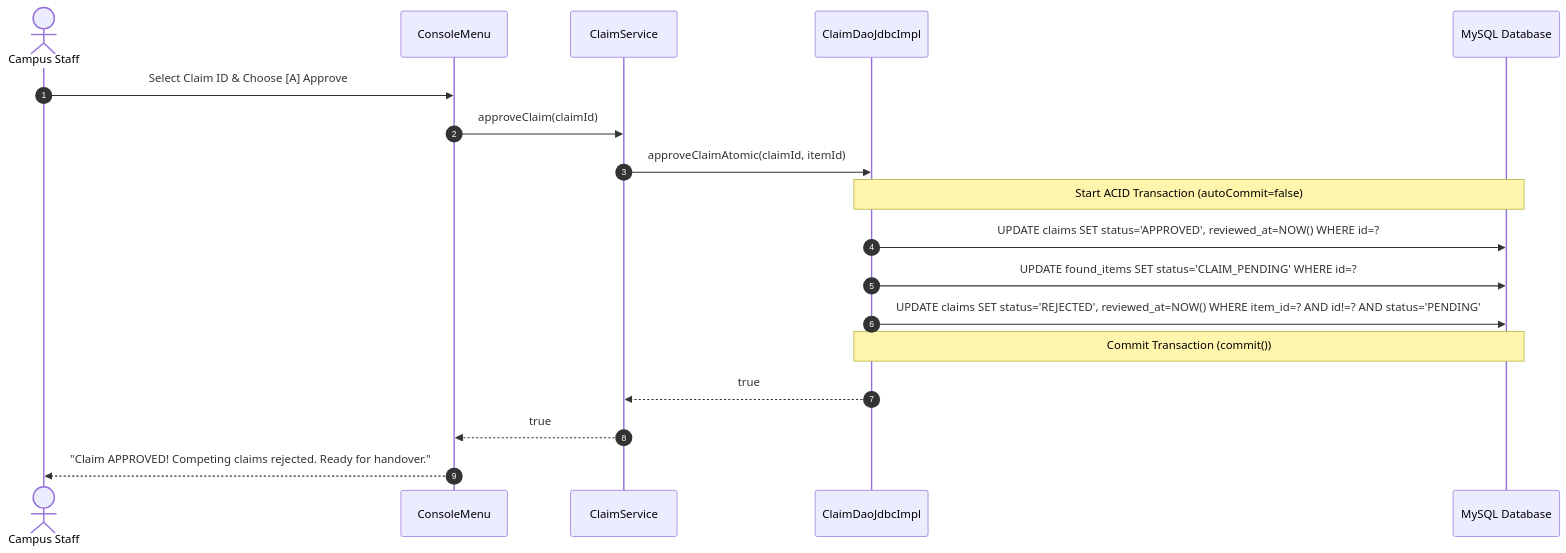
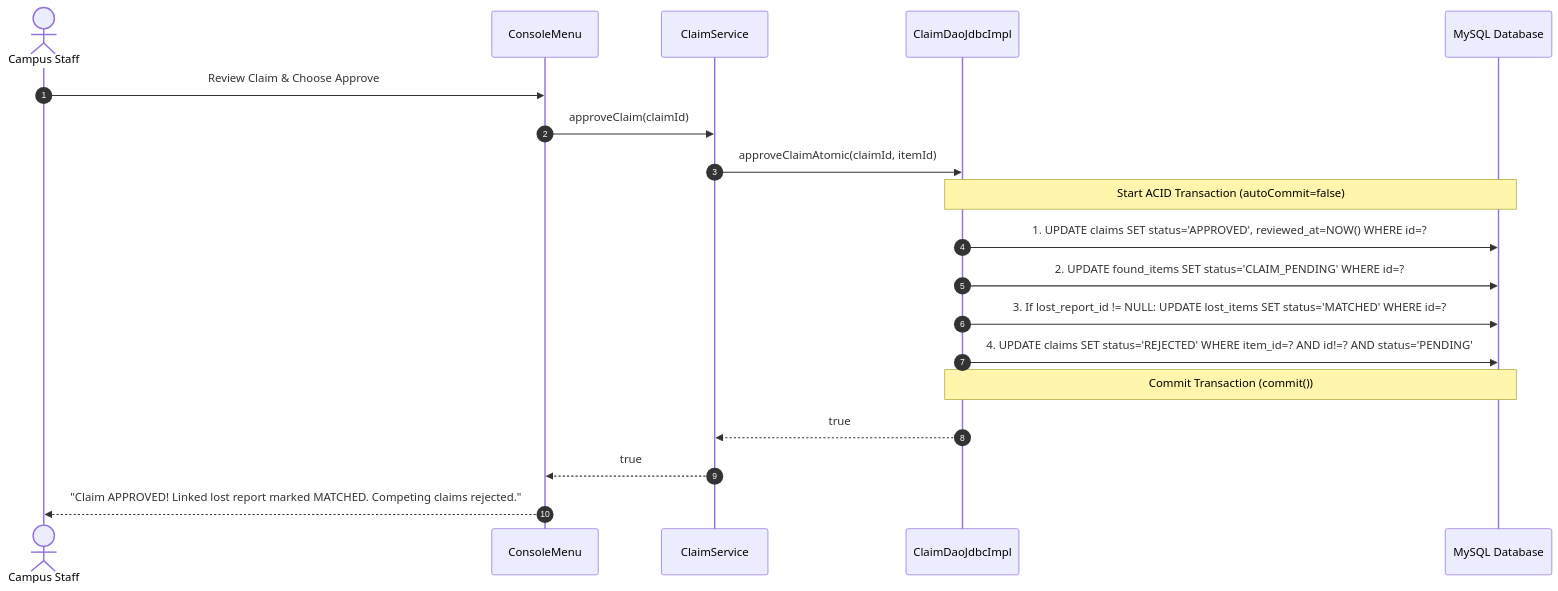
The second of 3 diagrams in docs/ARCHITECTURE.md (789deepa/campusFind), drawn with Mermaid before and after one commit. The commit also changed other lines of this file and 33 other files, not shown here.

Commit message:
Add lost item reporting and matching

````diff
--- a/docs/ARCHITECTURE.md
+++ b/docs/ARCHITECTURE.md
@@ -123,21 +124,22 @@
 ```mermaid
 sequenceDiagram
     autonumber
     actor Staff as Campus Staff
     participant UI as ConsoleMenu
     participant Svc as ClaimService
     participant DAO as ClaimDaoJdbcImpl
     participant DB as MySQL Database
 
-    Staff->>UI: Select Claim ID & Choose [A] Approve
+    Staff->>UI: Review Claim & Choose Approve
     UI->>Svc: approveClaim(claimId)
     Svc->>DAO: approveClaimAtomic(claimId, itemId)
     Note over DAO,DB: Start ACID Transaction (autoCommit=false)
-    DAO->>DB: UPDATE claims SET status='APPROVED', reviewed_at=NOW() WHERE id=?
-    DAO->>DB: UPDATE found_items SET status='CLAIM_PENDING' WHERE id=?
-    DAO->>DB: UPDATE claims SET status='REJECTED', reviewed_at=NOW() WHERE item_id=? AND id!=? AND status='PENDING'
+    DAO->>DB: 1. UPDATE claims SET status='APPROVED', reviewed_at=NOW() WHERE id=?
+    DAO->>DB: 2. UPDATE found_items SET status='CLAIM_PENDING' WHERE id=?
+    DAO->>DB: 3. If lost_report_id != NULL: UPDATE lost_items SET status='MATCHED' WHERE id=?
+    DAO->>DB: 4. UPDATE claims SET status='REJECTED' WHERE item_id=? AND id!=? AND status='PENDING'
     Note over DAO,DB: Commit Transaction (commit())
     DAO-->>Svc: true
     Svc-->>UI: true
-    UI-->>Staff: "Claim APPROVED! Competing claims rejected. Ready for handover."
+    UI-->>Staff: "Claim APPROVED! Linked lost report marked MATCHED. Competing claims rejected."
 ```
````
